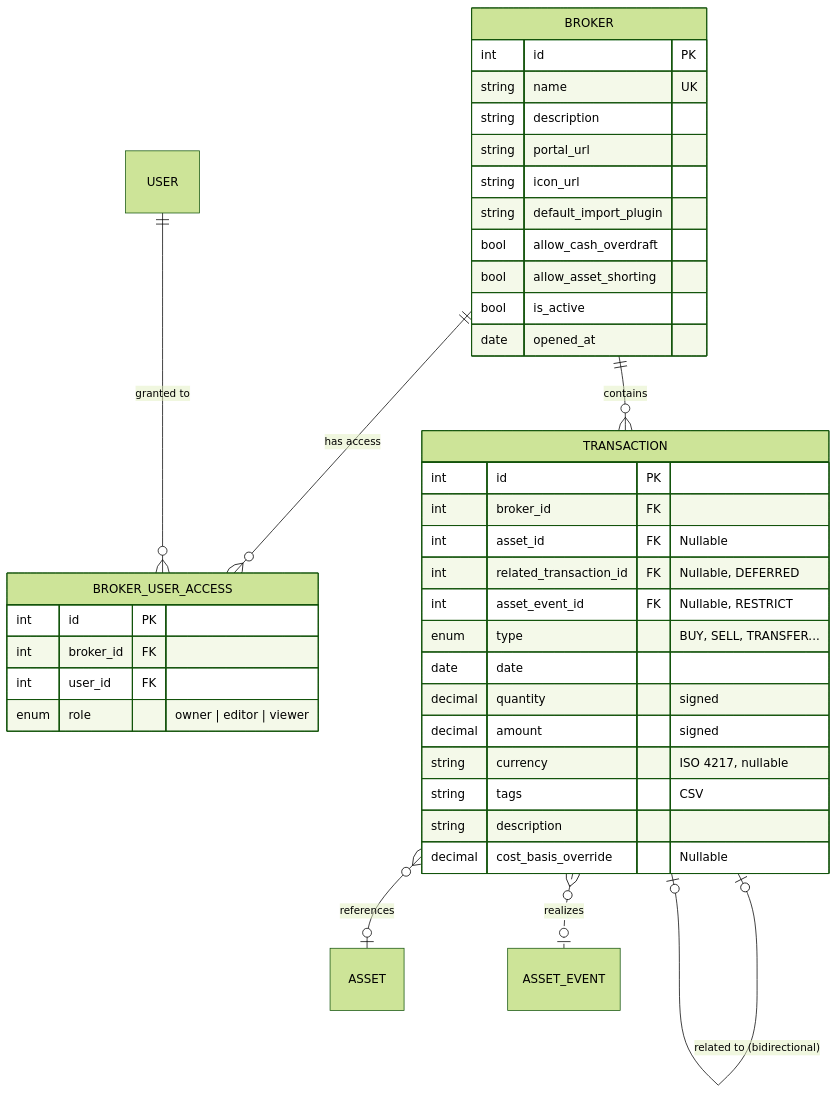
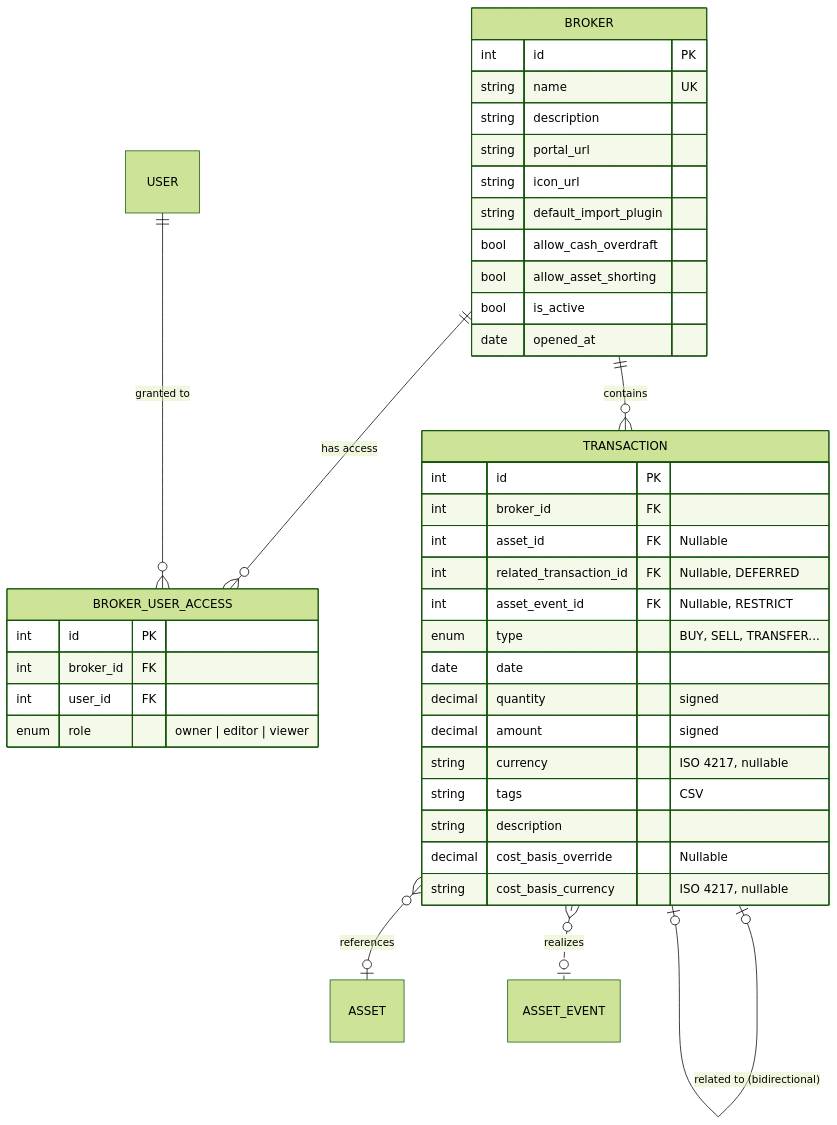
One commit to Librefolio/LibreFolio changed the diagram in mkdocs_src/docs/developer/architecture/database/brokers_transactions.md. Above: the diagram before and after it, drawn with Mermaid (forest theme). The commit also changed other lines of this file and 12 other files, not shown here.

````diff
--- a/mkdocs_src/docs/developer/architecture/database/brokers_transactions.md
+++ b/mkdocs_src/docs/developer/architecture/database/brokers_transactions.md
@@ -7,45 +7,46 @@
 ```mermaid
 erDiagram
     BROKER ||--o{ BROKER_USER_ACCESS : "has access"
     USER ||--o{ BROKER_USER_ACCESS : "granted to"
     BROKER ||--o{ TRANSACTION : "contains"
     TRANSACTION |o--o| TRANSACTION : "related to (bidirectional)"
     TRANSACTION }o--o| ASSET : "references"
     TRANSACTION }o..o| ASSET_EVENT : "realizes"
 
     BROKER {
         int id PK
         string name UK
         string description
         string portal_url
         string icon_url
         string default_import_plugin
         bool allow_cash_overdraft
         bool allow_asset_shorting
         bool is_active
         date opened_at
     }
 
     BROKER_USER_ACCESS {
         int id PK
         int broker_id FK
         int user_id FK
         enum role "owner | editor | viewer"
     }
 
     TRANSACTION {
         int id PK
         int broker_id FK
         int asset_id FK "Nullable"
         int related_transaction_id FK "Nullable, DEFERRED"
         int asset_event_id FK "Nullable, RESTRICT"
         enum type "BUY, SELL, TRANSFER..."
         date date
         decimal quantity "signed"
         decimal amount "signed"
         string currency "ISO 4217, nullable"
         string tags "CSV"
         string description
         decimal cost_basis_override "Nullable"
+        string cost_basis_currency "ISO 4217, nullable"
     }
 ```
````
